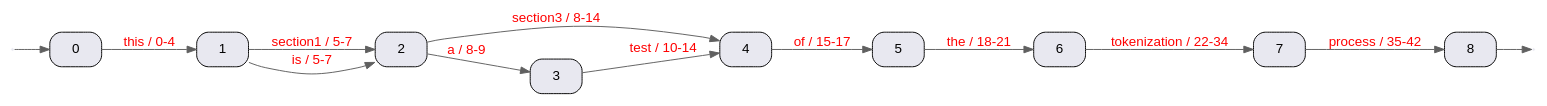
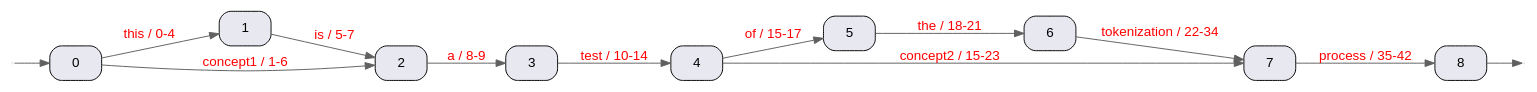
The diagram in index/graph.dot (structs-nl/search-sandbox), drawn with Graphviz before and after one commit. The commit also changed 4 other files, not shown here.

```diff
--- a/index/graph.dot
+++ b/index/graph.dot
@@ -1,30 +1,30 @@
 digraph tokens {
   graph [ fontsize=30 labelloc="t" label="" splines=true overlap=false rankdir = "LR" ];
   // A2 paper size
   size = "34.4,16.5";
   edge [ fontname="Helvetica" fontcolor="red" color="#606060" ]
   node [ style="filled" fillcolor="#e8e8f0" shape="Mrecord" fontname="Helvetica" ]
 
   0 [label="0"]
   -1 [shape=point color=white]
   -1 -> 0 []
   0 -> 1 [ label="this / 0-4"]
+  0 -> 2 [ label="concept1 / 1-6"]
   1 [label="1"]
-  1 -> 2 [ label="section1 / 5-7"]
   1 -> 2 [ label="is / 5-7"]
   2 [label="2"]
-  2 -> 4 [ label="section3 / 8-14"]
   2 -> 3 [ label="a / 8-9"]
   3 [label="3"]
   3 -> 4 [ label="test / 10-14"]
   4 [label="4"]
   4 -> 5 [ label="of / 15-17"]
+  4 -> 7 [ label="concept2 / 15-23"]
   5 [label="5"]
   5 -> 6 [ label="the / 18-21"]
   6 [label="6"]
   6 -> 7 [ label="tokenization / 22-34"]
   7 [label="7"]
   7 -> 8 [ label="process / 35-42"]
   -2 [shape=point color=white]
   8 -> -2 []
 }
```
